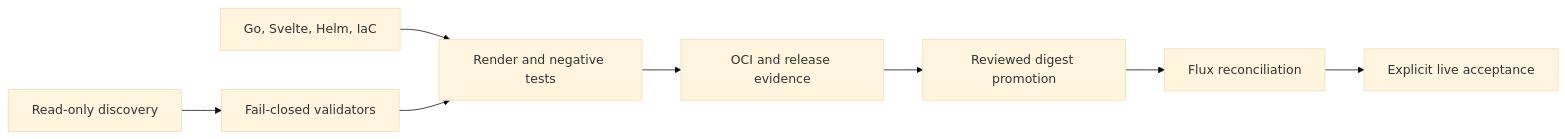
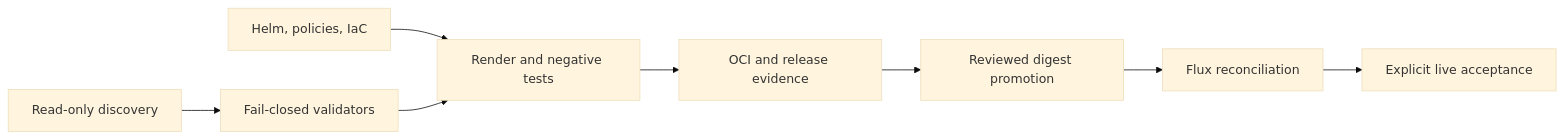
The diagram in scripts/README.md (snaraj/website-infrastructure), drawn with Mermaid (base theme) before and after one commit. The commit also changed other lines of this file and 25 other files, not shown here.

````diff
--- a/scripts/README.md
+++ b/scripts/README.md
@@ -61,8 +56,8 @@
 ```mermaid
 flowchart LR
     D["Read-only discovery"] --> V["Fail-closed validators"]
-    C["Go, Svelte, Helm, IaC"] --> R["Render and negative tests"]
+    C["Helm, policies, IaC"] --> R["Render and negative tests"]
     V --> R --> O["OCI and release evidence"]
     O --> P["Reviewed digest promotion"] --> G["Flux reconciliation"]
     G --> L["Explicit live acceptance"]
 ```
````
